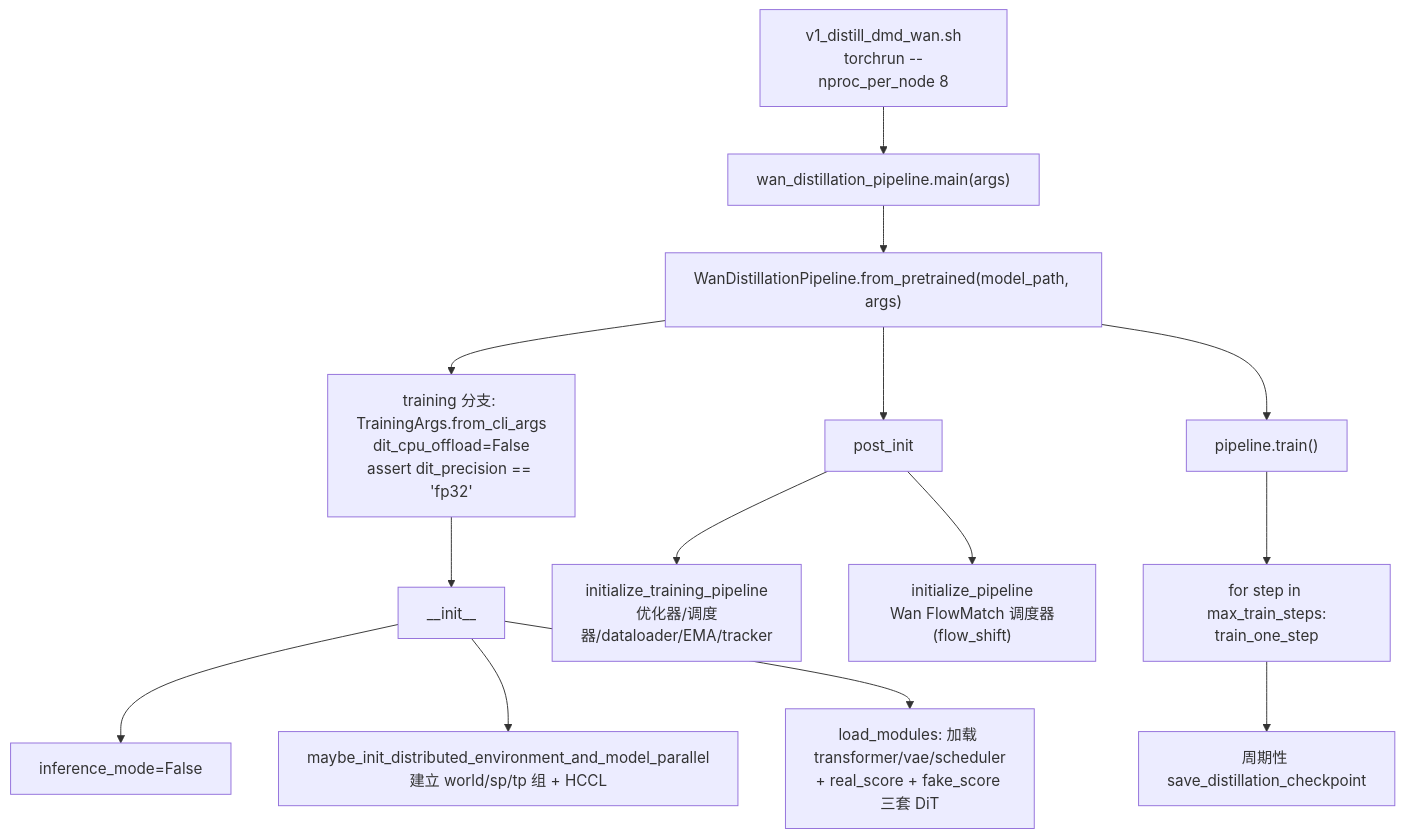
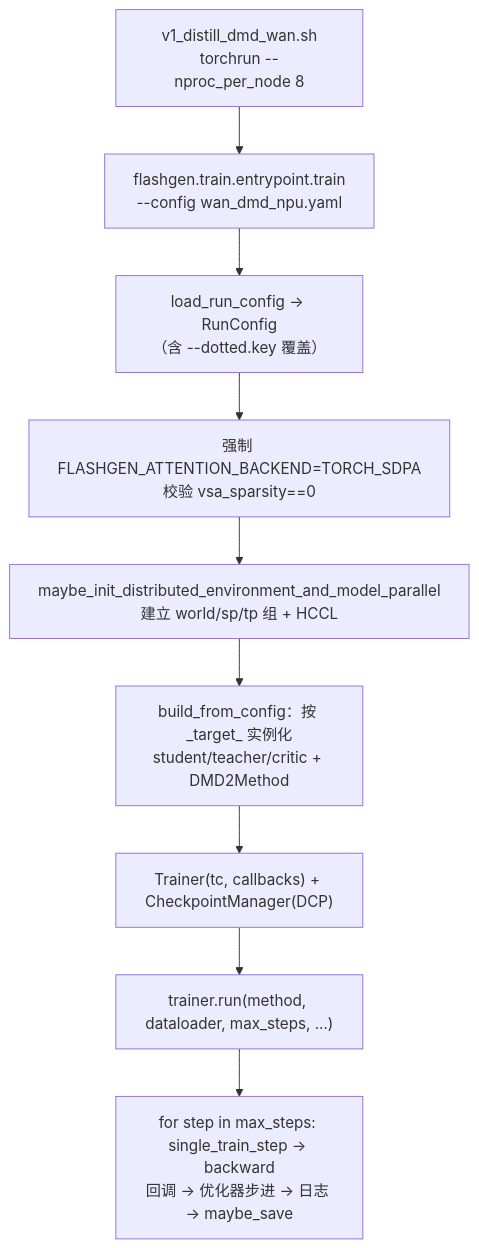
The third of 7 diagrams in docs/架构设计.md (Huangzjun/FlashGen), drawn with Mermaid before and after one commit. The commit also changed other lines of this file and 42 other files, not shown here.

````diff
--- a/docs/架构设计.md
+++ b/docs/架构设计.md
@@ -269,16 +260,11 @@
 ```mermaid
 flowchart TD
-    A["v1_distill_dmd_wan.sh<br/>torchrun --nproc_per_node 8"] --> B["wan_distillation_pipeline.main(args)"]
-    B --> C["WanDistillationPipeline.from_pretrained(model_path, args)"]
-    C --> C1["training 分支: TrainingArgs.from_cli_args<br/>dit_cpu_offload=False<br/>assert dit_precision == 'fp32'"]
-    C1 --> D["__init__"]
-    D --> D1["inference_mode=False"]
-    D --> D2["maybe_init_distributed_environment_and_model_parallel<br/>建立 world/sp/tp 组 + HCCL"]
-    D --> D3["load_modules: 加载 transformer/vae/scheduler<br/>+ real_score + fake_score 三套 DiT"]
-    C --> E["post_init"]
-    E --> E1["initialize_training_pipeline<br/>优化器/调度器/dataloader/EMA/tracker"]
-    E --> E2["initialize_pipeline<br/>Wan FlowMatch 调度器(flow_shift)"]
-    C --> F["pipeline.train()"]
-    F --> G["for step in max_train_steps:<br/>train_one_step"]
-    G --> H["周期性 save_distillation_checkpoint"]
+    A["v1_distill_dmd_wan.sh<br/>torchrun --nproc_per_node 8"] --> B["flashgen.train.entrypoint.train<br/>--config wan_dmd_npu.yaml"]
+    B --> C["load_run_config → RunConfig<br/>（含 --dotted.key 覆盖）"]
+    C --> C1["强制 FLASHGEN_ATTENTION_BACKEND=TORCH_SDPA<br/>校验 vsa_sparsity==0"]
+    C1 --> D["maybe_init_distributed_environment_and_model_parallel<br/>建立 world/sp/tp 组 + HCCL"]
+    D --> E["build_from_config：按 _target_ 实例化<br/>student/teacher/critic + DMD2Method"]
+    E --> F["Trainer(tc, callbacks) + CheckpointManager(DCP)"]
+    F --> G["trainer.run(method, dataloader, max_steps, ...)"]
+    G --> H["for step in max_steps: single_train_step → backward<br/>回调 → 优化器步进 → 日志 → maybe_save"]
 ```
````
